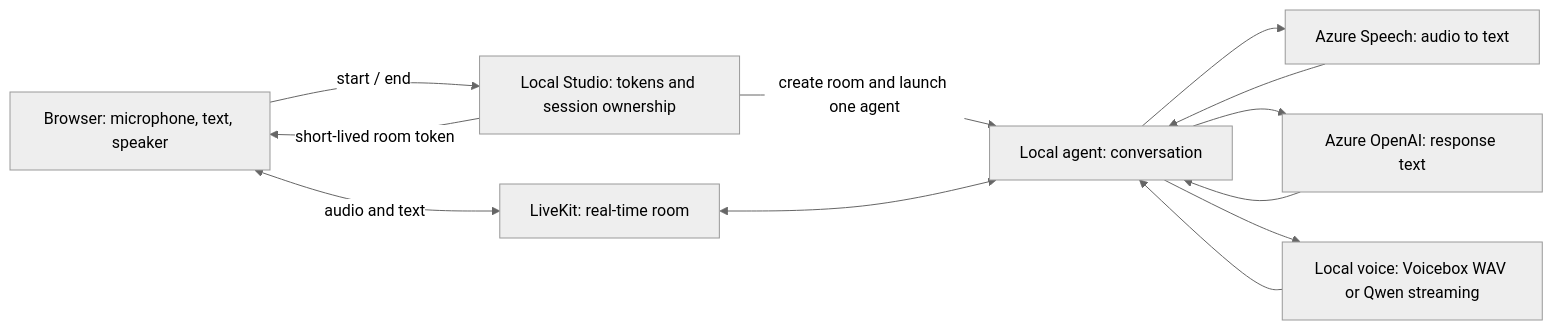
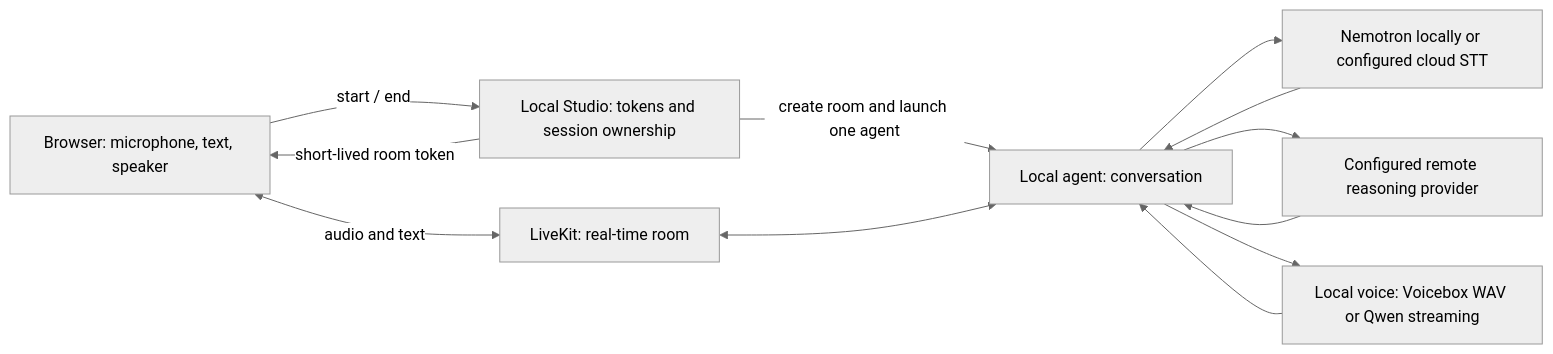
The diagram in docs/architecture.md (c-mongan/livekit-voice-studio), drawn with Mermaid (neutral theme) before and after one commit. The commit also changed 67 other files, not shown here.

````diff
--- a/docs/architecture.md
+++ b/docs/architecture.md
@@ -10,18 +10,18 @@
 ```mermaid
 flowchart LR
     B[Browser: microphone, text, speaker]
     S[Local Studio: tokens and session ownership]
     L[LiveKit: real-time room]
     A[Local agent: conversation]
-    STT[Azure Speech: audio to text]
-    LLM[Azure OpenAI: response text]
+    STT[Nemotron locally or configured cloud STT]
+    LLM[Configured remote reasoning provider]
     V[Local voice: Voicebox WAV or Qwen streaming]
     B -->|start / end| S
     S -->|create room and launch one agent| A
     S -->|short-lived room token| B
     B <-->|audio and text| L
     L <--> A
     A --> STT --> A
     A --> LLM --> A
     A --> V --> A
 ```
````
